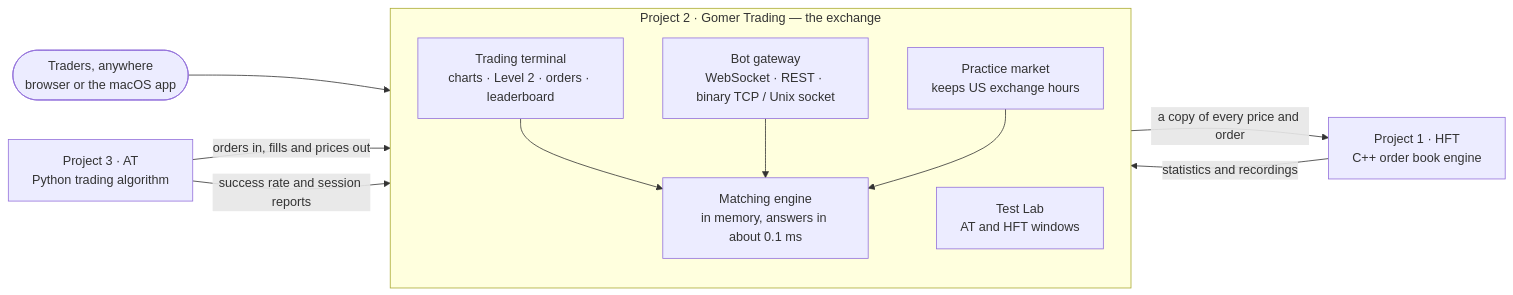
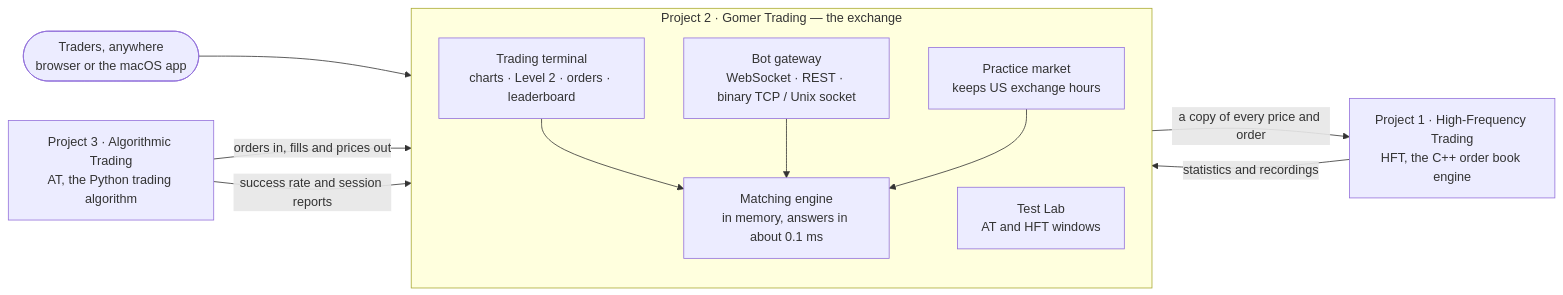
The diagram in README.md (GOMER20/Model-Project), drawn with Mermaid before and after one commit. The commit also changed other lines of this file and 109 other files, not shown here.

````diff
--- a/README.md
+++ b/README.md
@@ -66,25 +68,25 @@
 ```mermaid
 flowchart LR
     people(["Traders, anywhere<br/>browser or the macOS app"])
 
     subgraph p2["Project 2 · Gomer Trading — the exchange"]
         direction TB
         terminal["Trading terminal<br/>charts · Level 2 · orders · leaderboard"]
         gateway["Bot gateway<br/>WebSocket · REST · binary TCP / Unix socket"]
         engine["Matching engine<br/>in memory, answers in about 0.1 ms"]
         market["Practice market<br/>keeps US exchange hours"]
         lab["Test Lab<br/>AT and HFT windows"]
         terminal --> engine
         gateway --> engine
         market --> engine
     end
 
-    p3["Project 3 · AT<br/>Python trading algorithm"]
-    p1["Project 1 · HFT<br/>C++ order book engine"]
+    p3["Project 3 · Algorithmic Trading<br/>AT, the Python trading algorithm"]
+    p1["Project 1 · High-Frequency Trading<br/>HFT, the C++ order book engine"]
 
     people --> terminal
     p3 -- "orders in, fills and prices out" --> gateway
     engine -- "a copy of every price and order" --> p1
     p1 -- "statistics and recordings" --> lab
     p3 -- "success rate and session reports" --> lab
 ```
````
